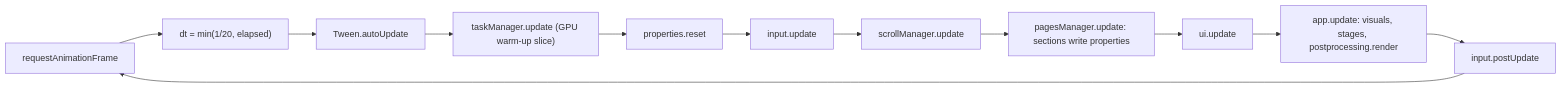
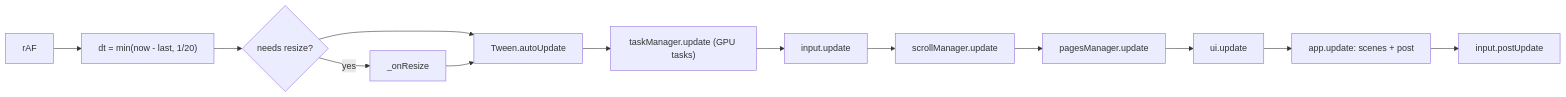
Before and after one commit to shifatmasud/lusion-decoded: the third of 6 diagrams in handbook/11_system_architecture_plan_and_conceptual_model.md, drawn with Mermaid. The commit also changed other lines of this file and 25 other files, not shown here.

````diff
--- a/handbook/11_system_architecture_plan_and_conceptual_model.md
+++ b/handbook/11_system_architecture_plan_and_conceptual_model.md
@@ -143,14 +120,10 @@
 ```mermaid
 flowchart LR
-  RAF["requestAnimationFrame"] --> DT["dt = min(1/20, elapsed)"]
-  DT --> TW["Tween.autoUpdate"]
-  TW --> TM["taskManager.update (GPU warm-up slice)"]
-  TM --> RS["properties.reset"]
-  RS --> IN["input.update"]
-  IN --> SC["scrollManager.update"]
-  SC --> PG["pagesManager.update: sections write properties"]
-  PG --> UI["ui.update"]
-  UI --> AP["app.update: visuals, stages, postprocessing.render"]
-  AP --> IP["input.postUpdate"]
-  IP --> RAF
+  RAF["rAF"] --> DT["dt = min(now - last, 1/20)"]
+  DT --> RS{"needs resize?"}
+  RS -->|yes| RZ["_onResize"]
+  RS --> TW["Tween.autoUpdate"]
+  RZ --> TW
+  TW --> TK["taskManager.update (GPU tasks)"]
+  TK --> IN["input.update"] --> SC["scrollManager.update"] --> PG["pagesManager.update"] --> UI["ui.update"] --> APP["app.update: scenes + post"] --> PU["input.postUpdate"]
 ```
````
